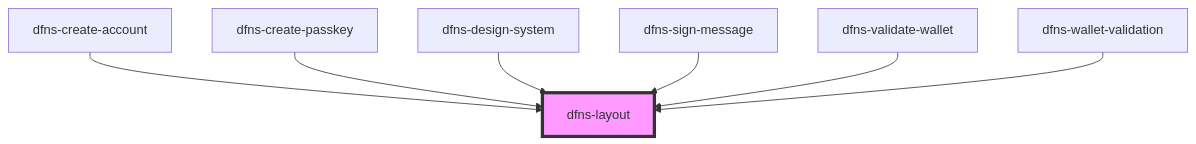
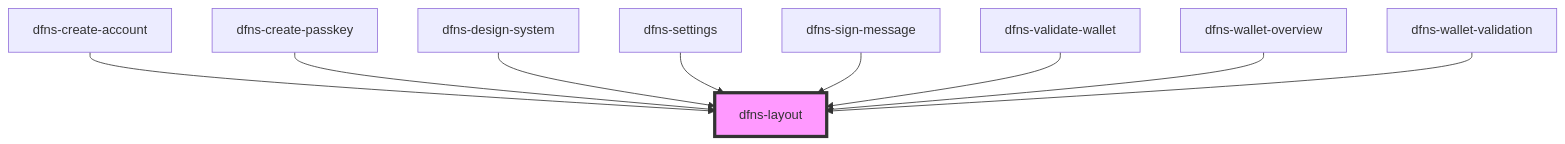
One commit to dfnsext/web-ui changed the diagram in src/components/dfns-layout/readme.md. Above: the diagram before and after it, drawn with Mermaid. The commit also changed other lines of this file and 60 other files, not shown here.

````diff
--- a/src/components/dfns-layout/readme.md
+++ b/src/components/dfns-layout/readme.md
@@ -31,10 +33,12 @@
 ```mermaid
 graph TD;
   dfns-create-account --> dfns-layout
   dfns-create-passkey --> dfns-layout
   dfns-design-system --> dfns-layout
+  dfns-settings --> dfns-layout
   dfns-sign-message --> dfns-layout
   dfns-validate-wallet --> dfns-layout
+  dfns-wallet-overview --> dfns-layout
   dfns-wallet-validation --> dfns-layout
   style dfns-layout fill:#f9f,stroke:#333,stroke-width:4px
 ```
````
